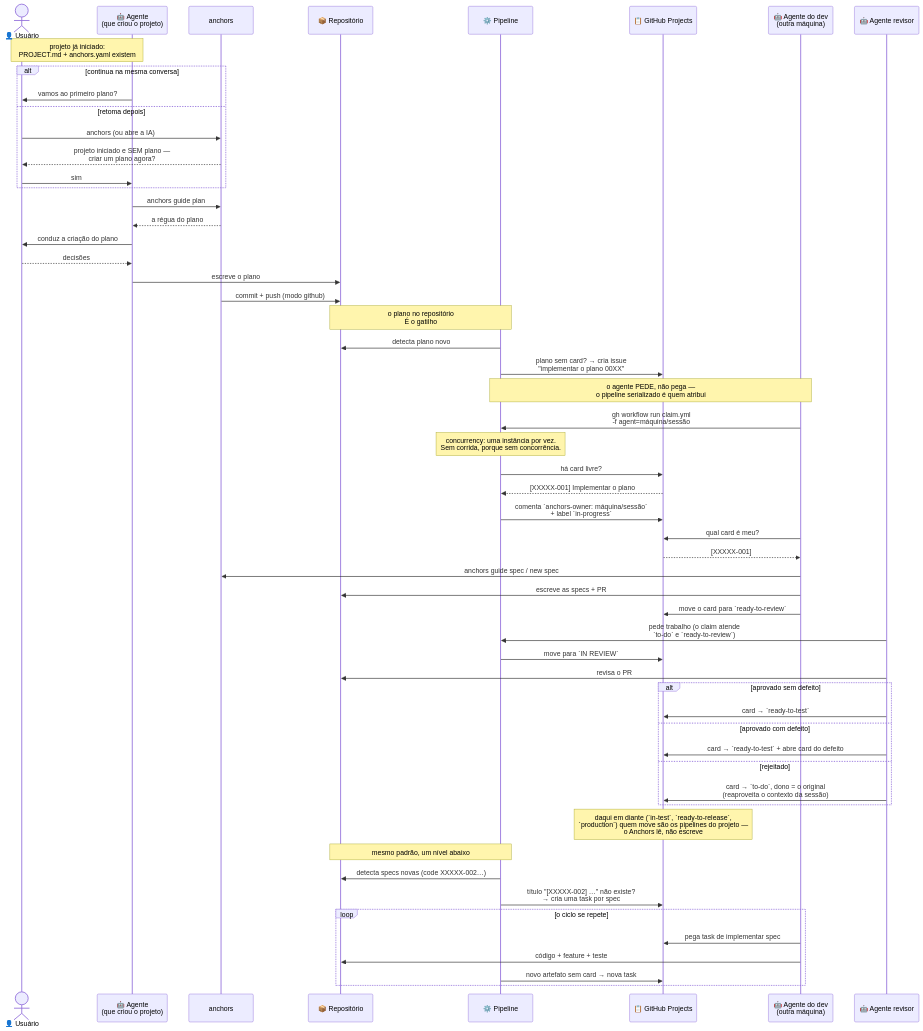
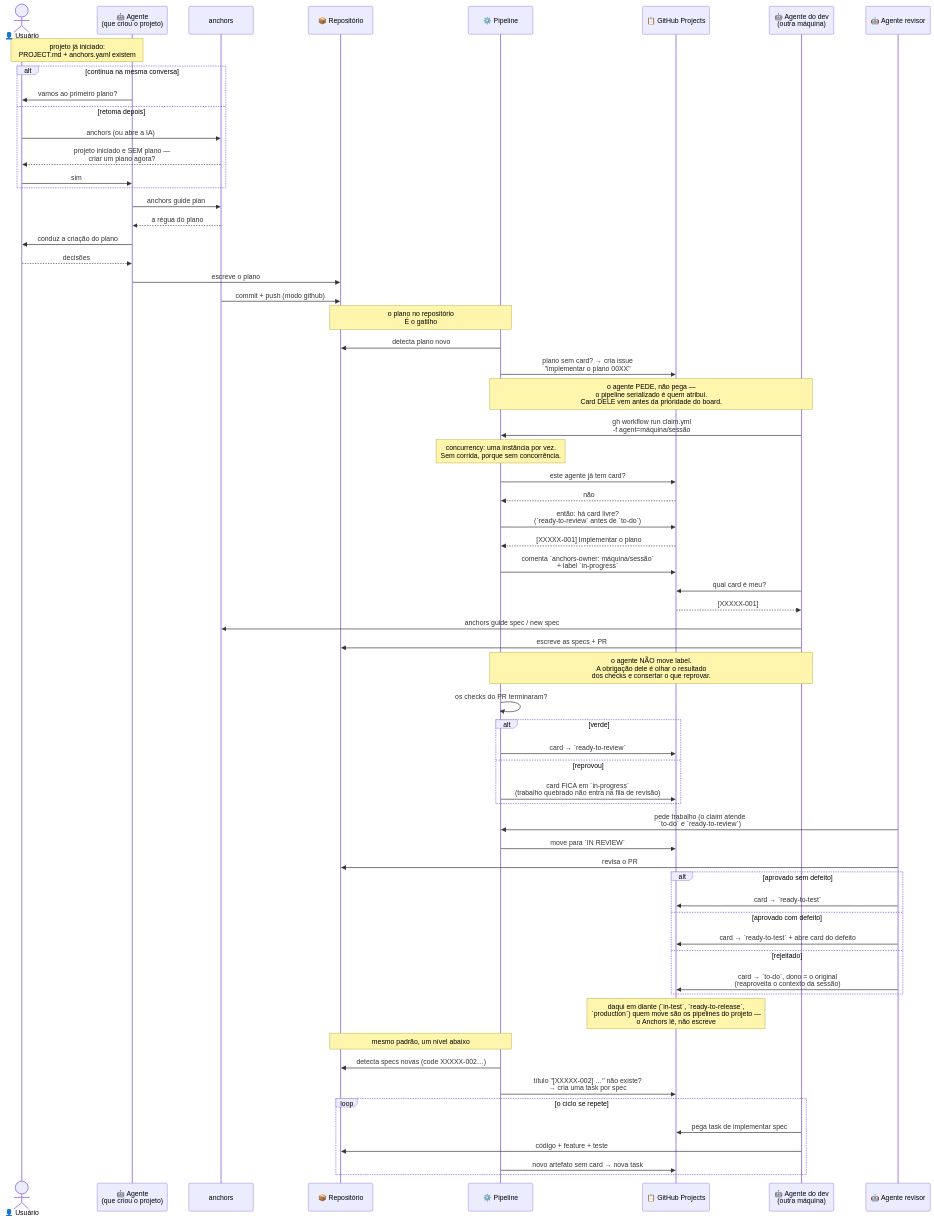
Before and after one commit to co2-lab/anchors: the fourth of 4 diagrams in BOOTSTRAP.md, drawn with Mermaid. The commit also changed other lines of this file and 4 other files, not shown here.

First line of the commit message:
feat(fluxo): o PR verde move o card, e o claim retoma o card do próprio agente

````diff
--- a/BOOTSTRAP.md
+++ b/BOOTSTRAP.md
@@ -293,72 +293,80 @@
 ```mermaid
 sequenceDiagram
     actor U as 👤 Usuário
     participant IA as 🤖 Agente<br/>(que criou o projeto)
     participant A as anchors
     participant R as 📦 Repositório
     participant P as ⚙️ Pipeline
     participant GH as 📋 GitHub Projects
     participant DEV as 🤖 Agente do dev<br/>(outra máquina)
 
     Note over U,IA: projeto já iniciado:<br/>PROJECT.md + anchors.yaml existem
 
     alt continua na mesma conversa
         IA->>U: vamos ao primeiro plano?
     else retoma depois
         U->>A: anchors (ou abre a IA)
         A-->>U: projeto iniciado e SEM plano —<br/>criar um plano agora?
         U->>IA: sim
     end
 
     IA->>A: anchors guide plan
     A-->>IA: a régua do plano
     IA->>U: conduz a criação do plano
     U-->>IA: decisões
     IA->>R: escreve o plano
     A->>R: commit + push (modo github)
 
     Note over R,P: o plano no repositório<br/>É o gatilho
 
     P->>R: detecta plano novo
     P->>GH: plano sem card? → cria issue<br/>"implementar o plano 00XX"
 
-    Note over DEV,P: o agente PEDE, não pega —<br/>o pipeline serializado é quem atribui
+    Note over DEV,P: o agente PEDE, não pega —<br/>o pipeline serializado é quem atribui.<br/>Card DELE vem antes da prioridade do board.
 
     DEV->>P: gh workflow run claim.yml<br/>-f agent=máquina/sessão
     Note over P: concurrency: uma instância por vez.<br/>Sem corrida, porque sem concorrência.
-    P->>GH: há card livre?
+    P->>GH: este agente já tem card?
+    GH-->>P: não
+    P->>GH: então: há card livre?<br/>(`ready-to-review` antes de `to-do`)
     GH-->>P: [XXXXX-001] Implementar o plano
     P->>GH: comenta `anchors-owner: máquina/sessão`<br/>+ label `in-progress`
     DEV->>GH: qual card é meu?
     GH-->>DEV: [XXXXX-001]
 
     DEV->>A: anchors guide spec / new spec
     DEV->>R: escreve as specs + PR
-    DEV->>GH: move o card para `ready-to-review`
+    Note over DEV,P: o agente NÃO move label.<br/>A obrigação dele é olhar o resultado<br/>dos checks e consertar o que reprovar.
+    P->>P: os checks do PR terminaram?
+    alt verde
+        P->>GH: card → `ready-to-review`
+    else reprovou
+        P->>GH: card FICA em `in-progress`<br/>(trabalho quebrado não entra na fila de revisão)
+    end
 
     participant REV as 🤖 Agente revisor
     REV->>P: pede trabalho (o claim atende<br/>`to-do` e `ready-to-review`)
     P->>GH: move para `IN REVIEW`
     REV->>R: revisa o PR
 
     alt aprovado sem defeito
         REV->>GH: card → `ready-to-test`
     else aprovado com defeito
         REV->>GH: card → `ready-to-test` + abre card do defeito
     else rejeitado
         REV->>GH: card → `to-do`, dono = o original<br/>(reaproveita o contexto da sessão)
     end
 
     Note over GH: daqui em diante (`in-test`, `ready-to-release`,<br/>`production`) quem move são os pipelines do projeto —<br/>o Anchors lê, não escreve
 
     Note over R,P: mesmo padrão, um nível abaixo
 
     P->>R: detecta specs novas (code XXXXX-002…)
     P->>GH: título "[XXXXX-002] …" não existe?<br/>→ cria uma task por spec
 
     loop o ciclo se repete
         DEV->>GH: pega task de implementar spec
         DEV->>R: código + feature + teste
         P->>GH: novo artefato sem card → nova task
     end
 ```
````
